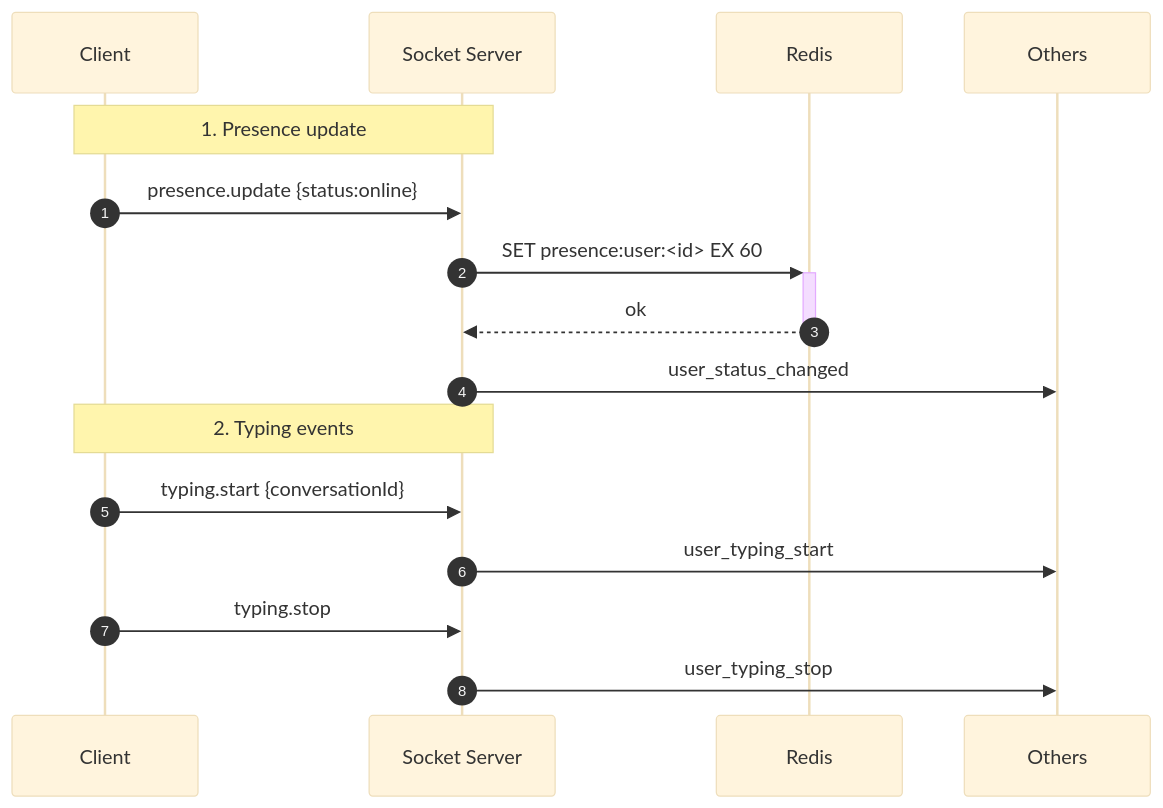
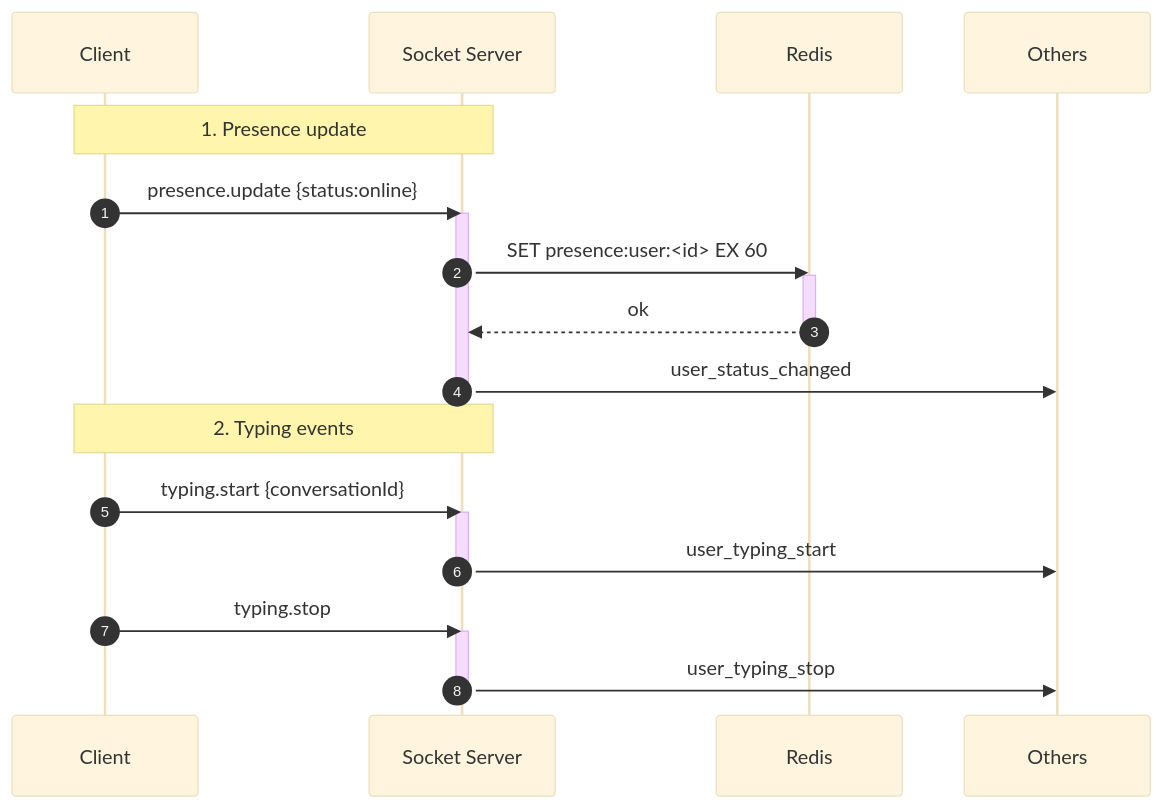
Before and after one commit to dinhhoang235/Chat-App: the first of 3 diagrams in docs/presence.md, drawn with Mermaid (base theme). The commit also changed other lines of this file and 6 other files, not shown here.

Commit message:
refactor: streamline sequence diagrams and enhance clarity in API interactions across documentation

````diff
--- a/docs/presence.md
+++ b/docs/presence.md
@@ -25,20 +25,28 @@
 ```mermaid
 sequenceDiagram
   autonumber
   participant C as Client
   participant WS as Socket Server
   participant R as Redis
   participant O as Others
 
   Note over C,WS: 1. Presence update
   C->>WS: presence.update {status:online}
-  WS->>+R: SET presence:user:<id> EX 60
-  R-->>-WS: ok
+  activate WS
+  WS->>R: SET presence:user:<id> EX 60
+  activate R
+  R-->>WS: ok
+  deactivate R
   WS->>O: user_status_changed
+  deactivate WS
 
   Note over C,WS: 2. Typing events
   C->>WS: typing.start {conversationId}
+  activate WS
   WS->>O: user_typing_start
+  deactivate WS
   C->>WS: typing.stop
+  activate WS
   WS->>O: user_typing_stop
+  deactivate WS
 ```
````
